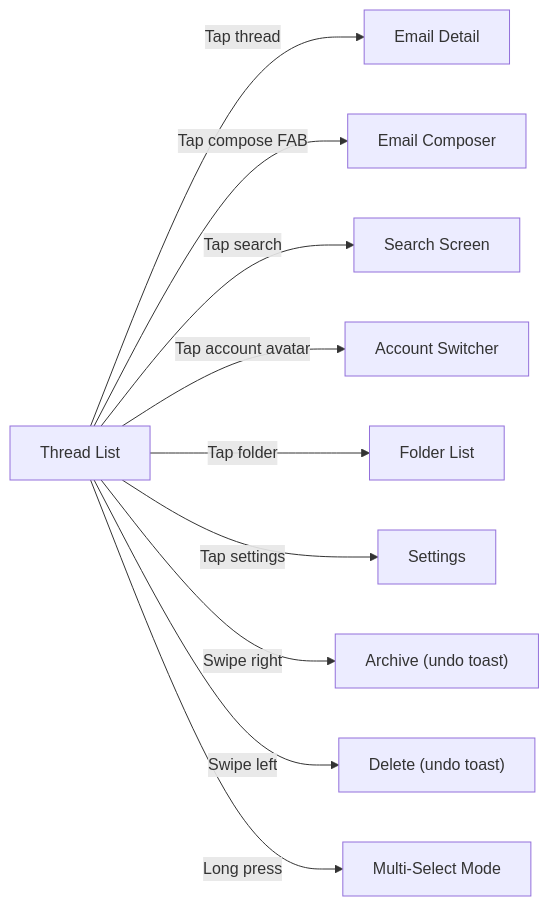
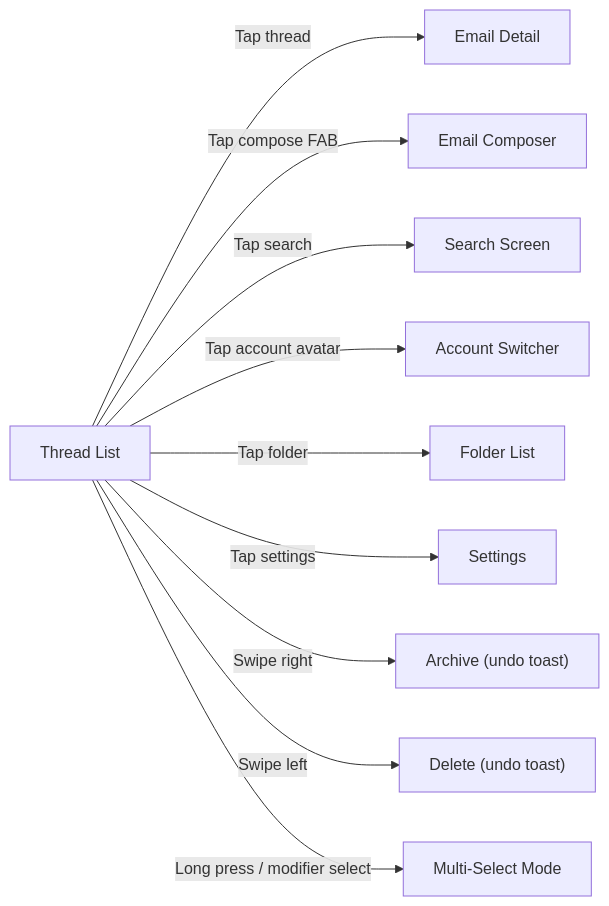
One commit to VishnuBishnoi/VaultMail changed the first of 2 diagrams in docs/features/thread-list/spec.md. Above: the diagram before and after it, drawn with Mermaid. The commit also changed other lines of this file, not shown here.

````diff
--- a/docs/features/thread-list/spec.md
+++ b/docs/features/thread-list/spec.md
@@ -219,12 +225,12 @@
 ```mermaid
 flowchart LR
     TL["Thread List"] -->|Tap thread| ED["Email Detail"]
     TL -->|Tap compose FAB| EC["Email Composer"]
     TL -->|Tap search| SS["Search Screen"]
     TL -->|Tap account avatar| AS["Account Switcher"]
     TL -->|Tap folder| FL["Folder List"]
     TL -->|Tap settings| ST["Settings"]
     TL -->|Swipe right| AR["Archive (undo toast)"]
     TL -->|Swipe left| DL["Delete (undo toast)"]
-    TL -->|Long press| MS["Multi-Select Mode"]
+    TL -->|Long press / modifier select| MS["Multi-Select Mode"]
 ```
````
